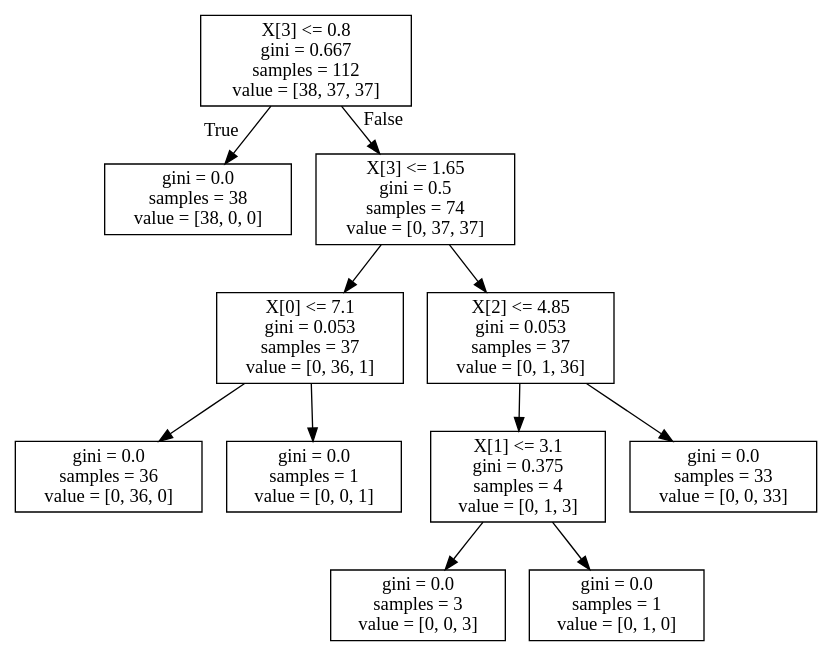
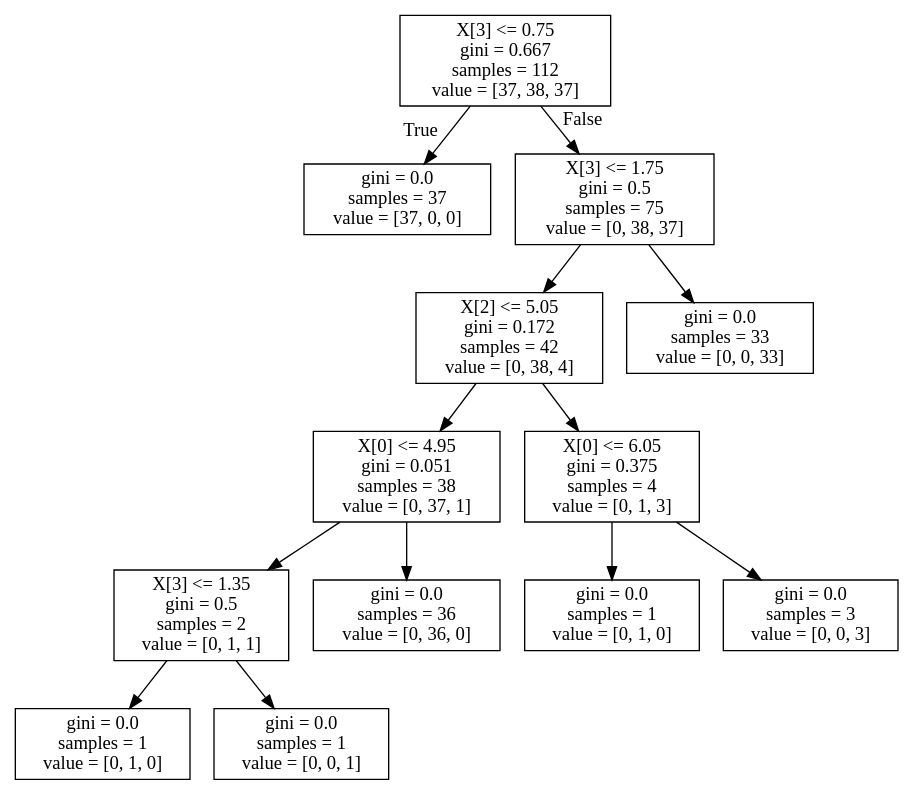
Before and after one commit to kaminion/fastcampus_python: the diagram in machine learning/tree.dot, drawn with Graphviz. The commit also changed 2 other files, not shown here.

Commit message:
refactor: install graphviz & modified decision tree

```diff
--- a/machine learning/tree.dot
+++ b/machine learning/tree.dot
@@ -1,24 +1,28 @@
 digraph Tree {
 node [shape=box] ;
-0 [label="X[3] <= 0.8\ngini = 0.667\nsamples = 112\nvalue = [38, 37, 37]"] ;
-1 [label="gini = 0.0\nsamples = 38\nvalue = [38, 0, 0]"] ;
+0 [label="X[3] <= 0.75\ngini = 0.667\nsamples = 112\nvalue = [37, 38, 37]"] ;
+1 [label="gini = 0.0\nsamples = 37\nvalue = [37, 0, 0]"] ;
 0 -> 1 [labeldistance=2.5, labelangle=45, headlabel="True"] ;
-2 [label="X[3] <= 1.65\ngini = 0.5\nsamples = 74\nvalue = [0, 37, 37]"] ;
+2 [label="X[3] <= 1.75\ngini = 0.5\nsamples = 75\nvalue = [0, 38, 37]"] ;
 0 -> 2 [labeldistance=2.5, labelangle=-45, headlabel="False"] ;
-3 [label="X[0] <= 7.1\ngini = 0.053\nsamples = 37\nvalue = [0, 36, 1]"] ;
+3 [label="X[2] <= 5.05\ngini = 0.172\nsamples = 42\nvalue = [0, 38, 4]"] ;
 2 -> 3 ;
-4 [label="gini = 0.0\nsamples = 36\nvalue = [0, 36, 0]"] ;
+4 [label="X[0] <= 4.95\ngini = 0.051\nsamples = 38\nvalue = [0, 37, 1]"] ;
 3 -> 4 ;
-5 [label="gini = 0.0\nsamples = 1\nvalue = [0, 0, 1]"] ;
-3 -> 5 ;
-6 [label="X[2] <= 4.85\ngini = 0.053\nsamples = 37\nvalue = [0, 1, 36]"] ;
-2 -> 6 ;
-7 [label="X[1] <= 3.1\ngini = 0.375\nsamples = 4\nvalue = [0, 1, 3]"] ;
-6 -> 7 ;
-8 [label="gini = 0.0\nsamples = 3\nvalue = [0, 0, 3]"] ;
-7 -> 8 ;
-9 [label="gini = 0.0\nsamples = 1\nvalue = [0, 1, 0]"] ;
-7 -> 9 ;
-10 [label="gini = 0.0\nsamples = 33\nvalue = [0, 0, 33]"] ;
-6 -> 10 ;
+5 [label="X[3] <= 1.35\ngini = 0.5\nsamples = 2\nvalue = [0, 1, 1]"] ;
+4 -> 5 ;
+6 [label="gini = 0.0\nsamples = 1\nvalue = [0, 1, 0]"] ;
+5 -> 6 ;
+7 [label="gini = 0.0\nsamples = 1\nvalue = [0, 0, 1]"] ;
+5 -> 7 ;
+8 [label="gini = 0.0\nsamples = 36\nvalue = [0, 36, 0]"] ;
+4 -> 8 ;
+9 [label="X[0] <= 6.05\ngini = 0.375\nsamples = 4\nvalue = [0, 1, 3]"] ;
+3 -> 9 ;
+10 [label="gini = 0.0\nsamples = 1\nvalue = [0, 1, 0]"] ;
+9 -> 10 ;
+11 [label="gini = 0.0\nsamples = 3\nvalue = [0, 0, 3]"] ;
+9 -> 11 ;
+12 [label="gini = 0.0\nsamples = 33\nvalue = [0, 0, 33]"] ;
+2 -> 12 ;
 }
```
